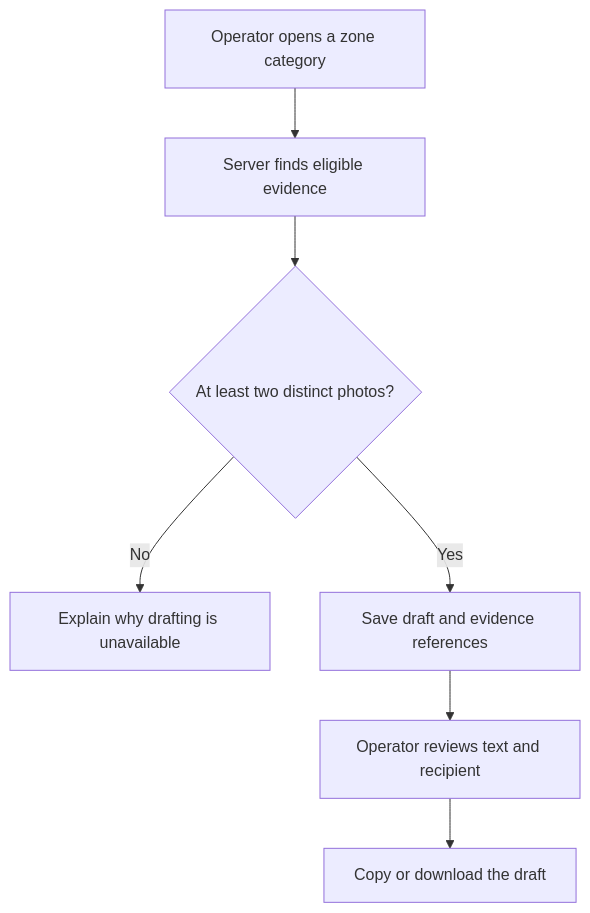
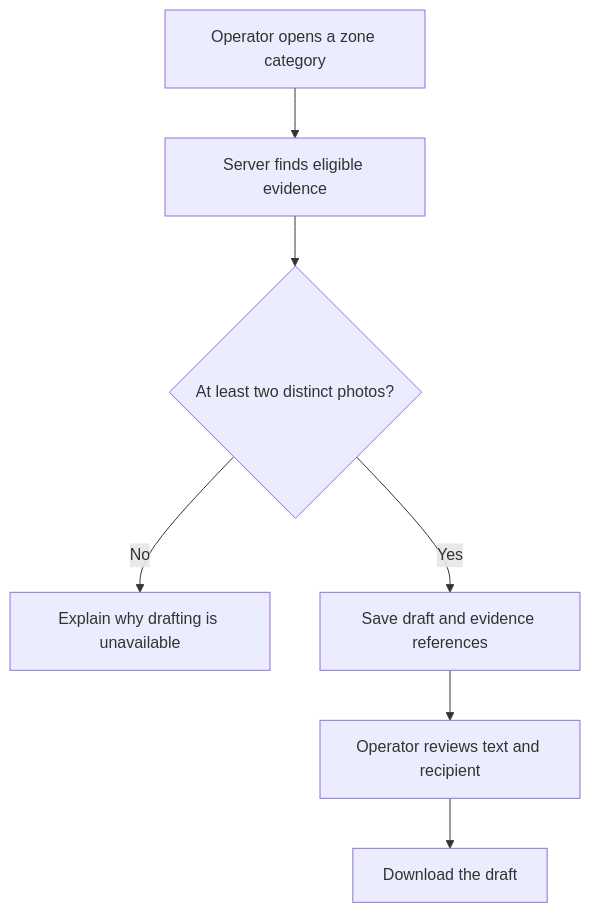
One commit to BagaaBhai28/JalNetra changed the second of 5 diagrams in README.md. Above: the diagram before and after it, drawn with Mermaid. The commit also changed other lines of this file and 11 other files, not shown here.

````diff
--- a/README.md
+++ b/README.md
@@ -98,9 +110,9 @@
 ```mermaid
 flowchart TD
     A["Operator opens a zone category"] --> B["Server finds eligible evidence"]
     B --> C{"At least two distinct photos?"}
     C -->|No| D["Explain why drafting is unavailable"]
     C -->|Yes| E["Save draft and evidence references"]
     E --> F["Operator reviews text and recipient"]
-    F --> G["Copy or download the draft"]
+    F --> G["Download the draft"]
 ```
````
